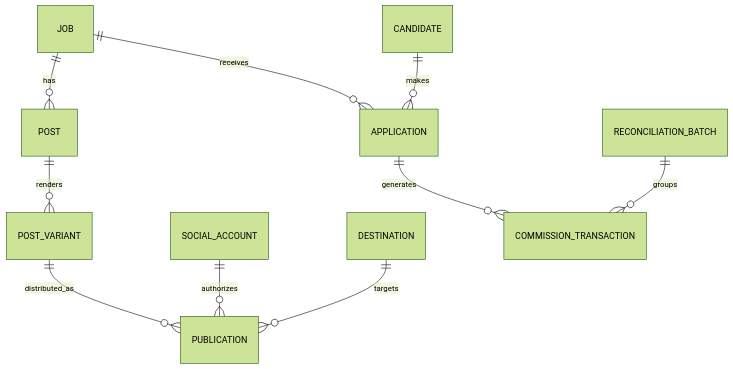
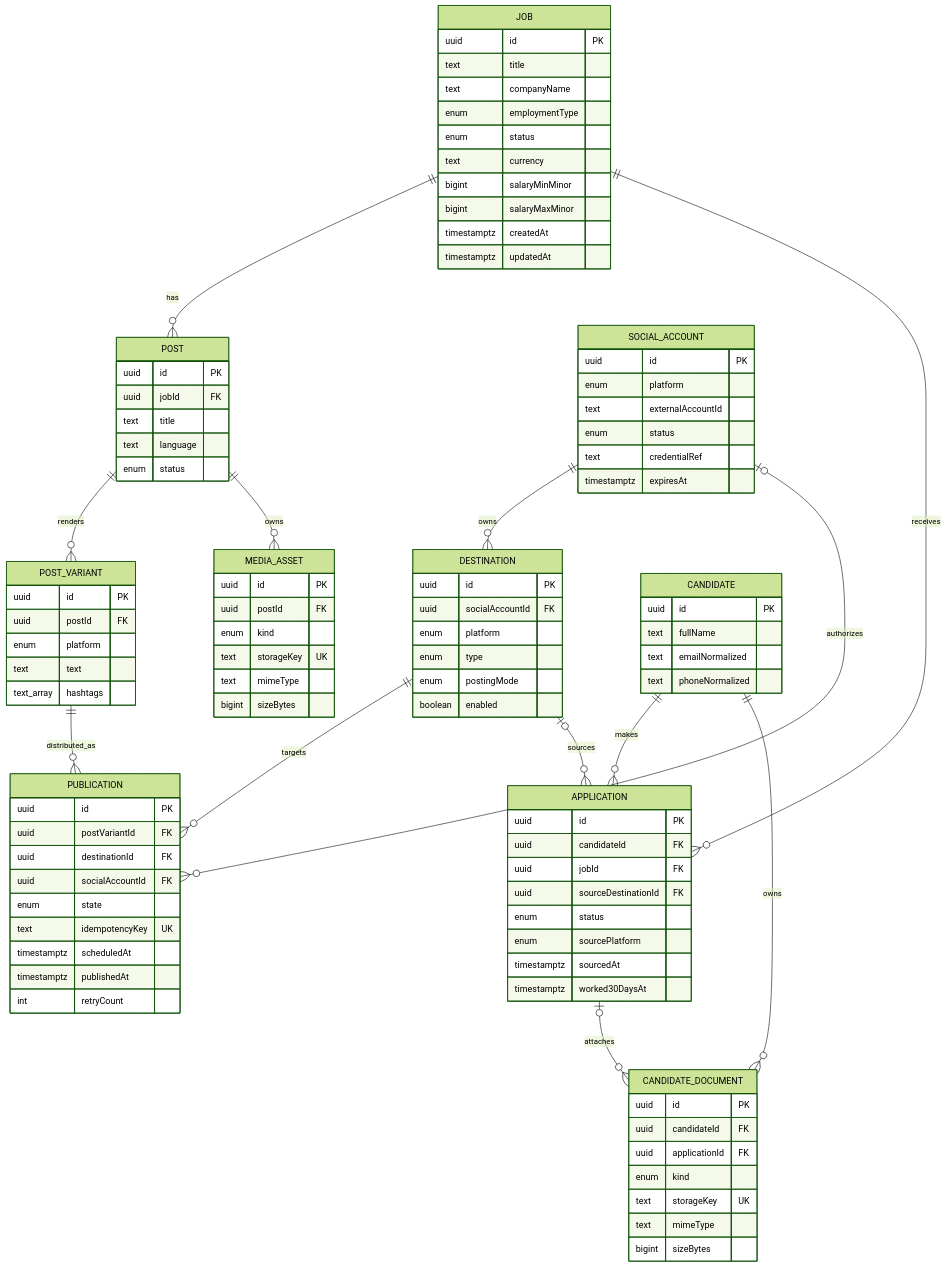
One commit to vitoo16/recruitops-platform changed the diagram in docs/diagrams/database-erd.md. Above: the diagram before and after it, drawn with Mermaid (forest theme). The commit also changed other lines of this file and 4 other files, not shown here.

Commit message:
docs: synchronize Phase 3 API and diagrams

````diff
--- a/docs/diagrams/database-erd.md
+++ b/docs/diagrams/database-erd.md
@@ -3,12 +5,111 @@
 ```mermaid
 erDiagram
     JOB ||--o{ POST : has
+    JOB ||--o{ APPLICATION : receives
     POST ||--o{ POST_VARIANT : renders
+    POST ||--o{ MEDIA_ASSET : owns
     POST_VARIANT ||--o{ PUBLICATION : distributed_as
-    SOCIAL_ACCOUNT ||--o{ PUBLICATION : authorizes
+    SOCIAL_ACCOUNT ||--o{ DESTINATION : owns
+    SOCIAL_ACCOUNT o|--o{ PUBLICATION : authorizes
     DESTINATION ||--o{ PUBLICATION : targets
+    DESTINATION o|--o{ APPLICATION : sources
     CANDIDATE ||--o{ APPLICATION : makes
-    JOB ||--o{ APPLICATION : receives
-    APPLICATION ||--o{ COMMISSION_TRANSACTION : generates
-    RECONCILIATION_BATCH ||--o{ COMMISSION_TRANSACTION : groups
+    CANDIDATE ||--o{ CANDIDATE_DOCUMENT : owns
+    APPLICATION o|--o{ CANDIDATE_DOCUMENT : attaches
+
+    JOB {
+      uuid id PK
+      text title
+      text companyName
+      enum employmentType
+      enum status
+      text currency
+      bigint salaryMinMinor
+      bigint salaryMaxMinor
+      timestamptz createdAt
+      timestamptz updatedAt
+    }
+
+    POST {
+      uuid id PK
+      uuid jobId FK
+      text title
+      text language
+      enum status
+    }
+
+    POST_VARIANT {
+      uuid id PK
+      uuid postId FK
+      enum platform
+      text text
+      text_array hashtags
+    }
+
+    MEDIA_ASSET {
+      uuid id PK
+      uuid postId FK
+      enum kind
+      text storageKey UK
+      text mimeType
+      bigint sizeBytes
+    }
+
+    SOCIAL_ACCOUNT {
+      uuid id PK
+      enum platform
+      text externalAccountId
+      enum status
+      text credentialRef
+      timestamptz expiresAt
+    }
+
+    DESTINATION {
+      uuid id PK
+      uuid socialAccountId FK
+      enum platform
+      enum type
+      enum postingMode
+      boolean enabled
+    }
+
+    PUBLICATION {
+      uuid id PK
+      uuid postVariantId FK
+      uuid destinationId FK
+      uuid socialAccountId FK
+      enum state
+      text idempotencyKey UK
+      timestamptz scheduledAt
+      timestamptz publishedAt
+      int retryCount
+    }
+
+    CANDIDATE {
+      uuid id PK
+      text fullName
+      text emailNormalized
+      text phoneNormalized
+    }
+
+    APPLICATION {
+      uuid id PK
+      uuid candidateId FK
+      uuid jobId FK
+      uuid sourceDestinationId FK
+      enum status
+      enum sourcePlatform
+      timestamptz sourcedAt
+      timestamptz worked30DaysAt
+    }
+
+    CANDIDATE_DOCUMENT {
+      uuid id PK
+      uuid candidateId FK
+      uuid applicationId FK
+      enum kind
+      text storageKey UK
+      text mimeType
+      bigint sizeBytes
+    }
 ```
````
